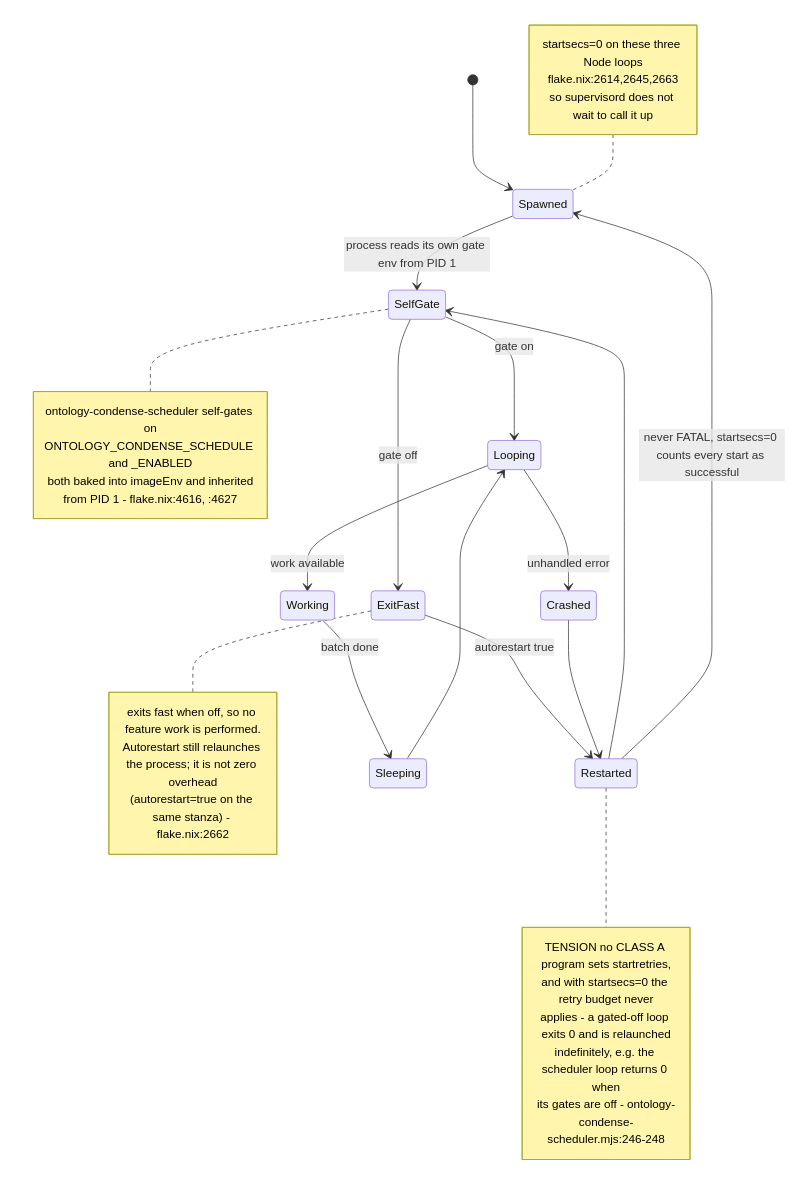
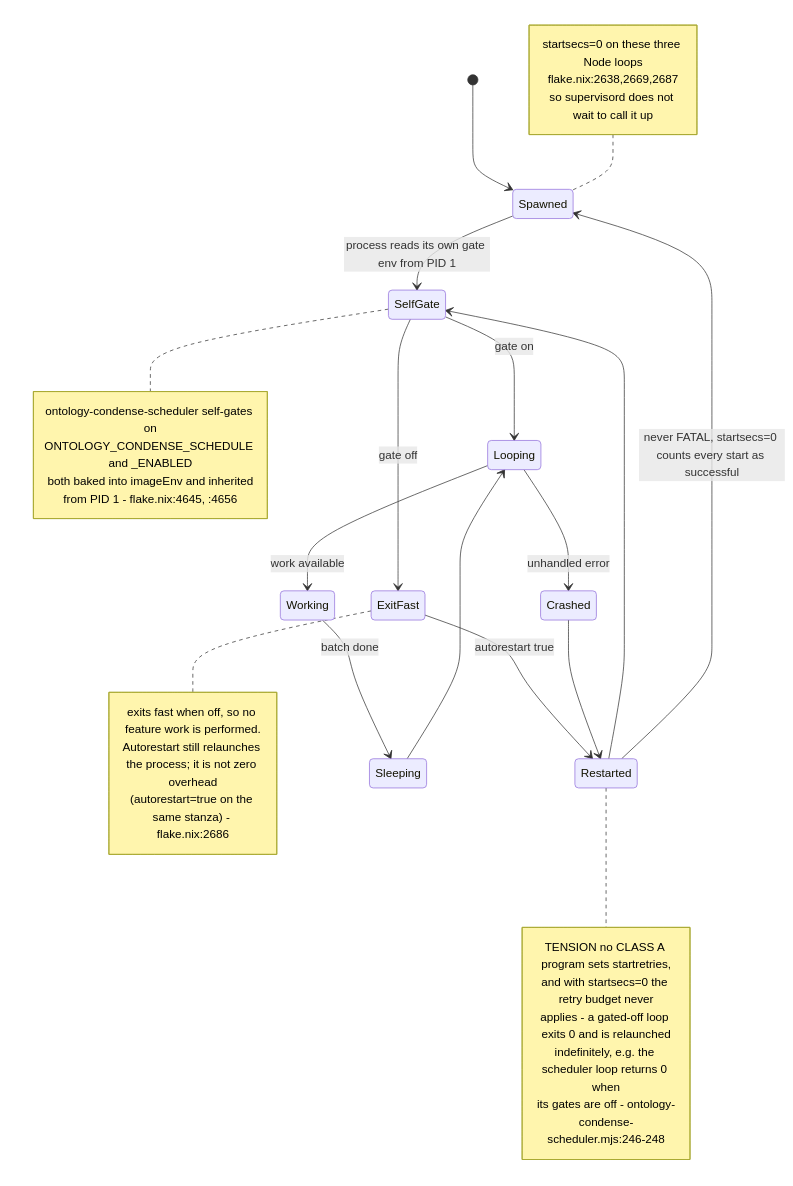
One commit to DreamLab-AI/VisionFlow changed the second of 11 diagrams in docs/diagrams/agentbox/07-daemons-reapers-cron-backups.md. Above: the diagram before and after it, drawn with Mermaid. The commit also changed other lines of this file, not shown here.

First line of the commit message:
diagrams(agentbox): re-verify AB-07 at agentbox 59b1aca

````diff
--- a/docs/diagrams/agentbox/07-daemons-reapers-cron-backups.md
+++ b/docs/diagrams/agentbox/07-daemons-reapers-cron-backups.md
@@ -57,39 +57,39 @@
 ```mermaid
 stateDiagram-v2
     [*] --> Spawned
     Spawned --> SelfGate: process reads its own gate env from PID 1
     SelfGate --> ExitFast: gate off
     SelfGate --> Looping: gate on
     ExitFast --> Restarted: autorestart true
     Restarted --> SelfGate
     Looping --> Working: work available
     Working --> Sleeping: batch done
     Sleeping --> Looping
     Looping --> Crashed: unhandled error
     Crashed --> Restarted
     Restarted --> Spawned: never FATAL, startsecs=0 counts every start as successful
 
     note right of SelfGate
         ontology-condense-scheduler self-gates on
         ONTOLOGY_CONDENSE_SCHEDULE and _ENABLED
         both baked into imageEnv and inherited
-        from PID 1 - flake.nix:4616, :4627
+        from PID 1 - flake.nix:4645, :4656
     end note
     note right of ExitFast
         exits fast when off, so no feature work is performed.
         Autorestart still relaunches the process; it is not zero overhead
-        (autorestart=true on the same stanza) - flake.nix:2662
+        (autorestart=true on the same stanza) - flake.nix:2686
     end note
     note left of Spawned
         startsecs=0 on these three Node loops
-        flake.nix:2614,2645,2663
+        flake.nix:2638,2669,2687
         so supervisord does not wait to call it up
     end note
     note right of Restarted
         TENSION no CLASS A program sets startretries,
         and with startsecs=0 the retry budget never
         applies - a gated-off loop exits 0 and is relaunched
         indefinitely, e.g. the scheduler loop returns 0 when
         its gates are off - ontology-condense-scheduler.mjs:246-248
     end note
 ```
````
